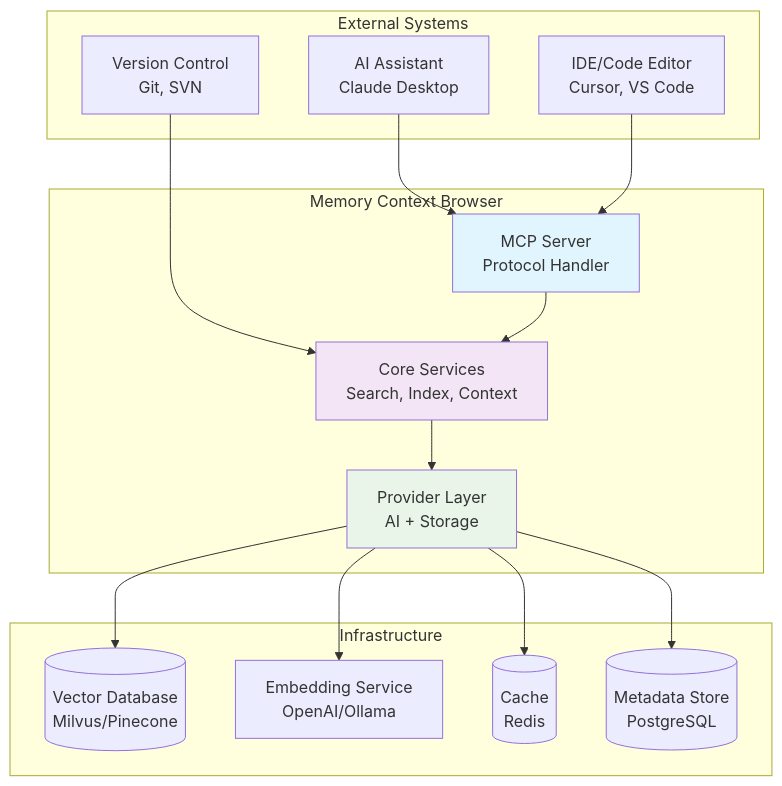
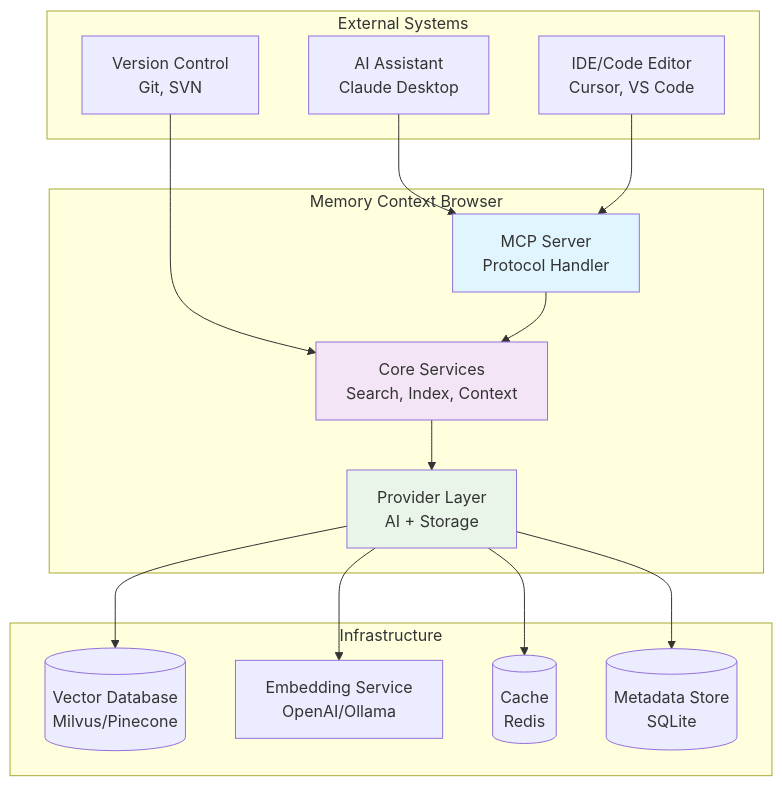
The first of 6 diagrams in docs/architecture/ARCHITECTURE.md (marlonsc/mcb), drawn with Mermaid before and after one commit. The commit also changed other lines of this file and 153 other files, not shown here.

````diff
--- a/docs/architecture/ARCHITECTURE.md
+++ b/docs/architecture/ARCHITECTURE.md
@@ -69,36 +69,36 @@
 ```mermaid
 graph TB
     subgraph "External Systems"
         AI[AI Assistant<br/>Claude Desktop]
         IDE[IDE/Code Editor<br/>Cursor, VS Code]
         VCS[Version Control<br/>Git, SVN]
     end
 
     subgraph "Memory Context Browser"
         MCP[MCP Server<br/>Protocol Handler]
         CORE[Core Services<br/>Search, Index, Context]
         PROVIDERS[Provider Layer<br/>AI + Storage]
     end
 
     subgraph "Infrastructure"
         VDB[(Vector Database<br/>Milvus/Pinecone)]
         EMB[Embedding Service<br/>OpenAI/Ollama]
         CACHE[(Cache<br/>Redis)]
-        STORAGE[(Metadata Store<br/>PostgreSQL)]
+        STORAGE[(Metadata Store<br/>SQLite)]
     end
 
     AI --> MCP
     IDE --> MCP
     VCS --> CORE
 
     MCP --> CORE
     CORE --> PROVIDERS
     PROVIDERS --> VDB
     PROVIDERS --> EMB
     PROVIDERS --> CACHE
     PROVIDERS --> STORAGE
 
     style MCP fill:#e1f5fe
     style CORE fill:#f3e5f5
     style PROVIDERS fill:#e8f5e8
 ```
````
